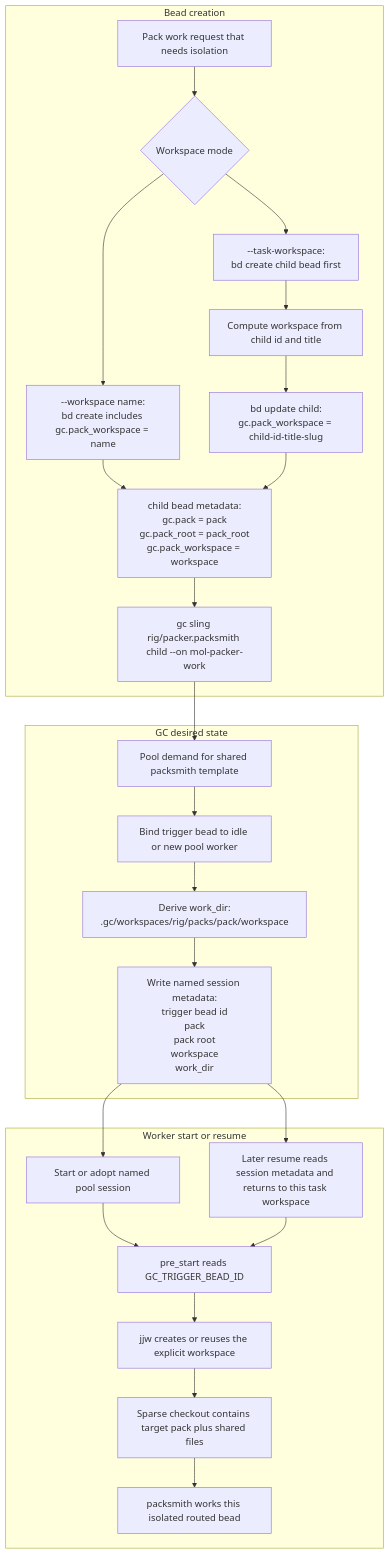
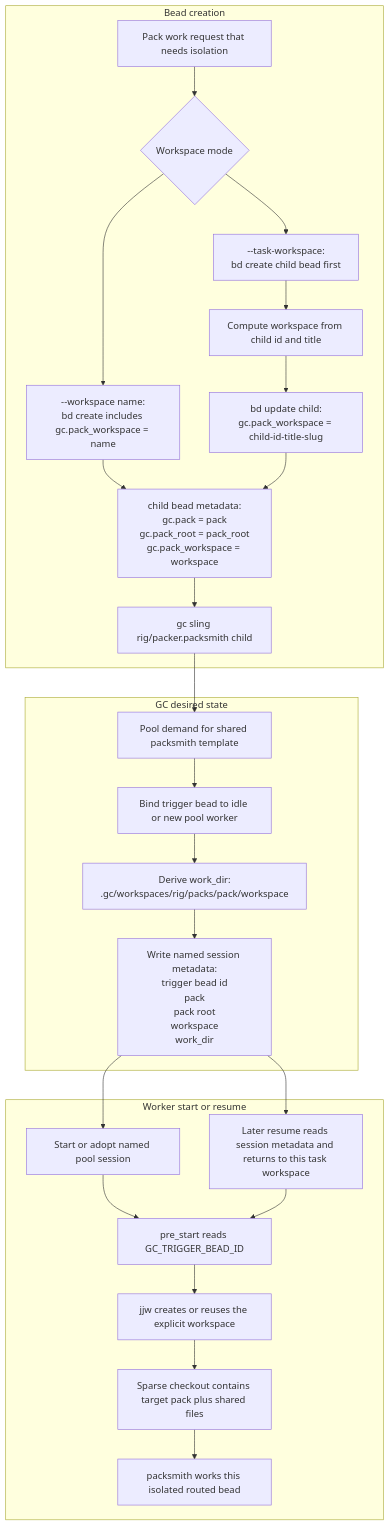
One commit to duncan4123/gascity-packs changed the diagram in packer/docs/diagrams/task-workspace.md. Above: the diagram before and after it, drawn with Mermaid. The commit also changed 8 other files, not shown here.

````diff
--- a/packer/docs/diagrams/task-workspace.md
+++ b/packer/docs/diagrams/task-workspace.md
@@ -3,39 +3,39 @@
 ```mermaid
 flowchart TD
   subgraph creation["Bead creation"]
     request["Pack work request that needs isolation"]
     mode{"Workspace mode"}
     named["--workspace name:<br/>bd create includes gc.pack_workspace = name"]
     task["--task-workspace:<br/>bd create child bead first"]
     compute["Compute workspace from child id and title"]
     update["bd update child:<br/>gc.pack_workspace = child-id-title-slug"]
     metadata["child bead metadata:<br/>gc.pack = pack<br/>gc.pack_root = pack_root<br/>gc.pack_workspace = workspace"]
-    sling["gc sling rig/packer.packsmith child --on mol-packer-work"]
+    sling["gc sling rig/packer.packsmith child"]
 
     request --> mode
     mode --> named --> metadata
     mode --> task --> compute --> update --> metadata
     metadata --> sling
   end
 
   subgraph desired["GC desired state"]
     demand["Pool demand for shared packsmith template"]
     bind["Bind trigger bead to idle or new pool worker"]
     workdir["Derive work_dir:<br/>.gc/workspaces/rig/packs/pack/workspace"]
     session["Write named session metadata:<br/>trigger bead id<br/>pack<br/>pack root<br/>workspace<br/>work_dir"]
 
     sling --> demand --> bind --> workdir --> session
   end
 
   subgraph start["Worker start or resume"]
     start_session["Start or adopt named pool session"]
     prestart["pre_start reads GC_TRIGGER_BEAD_ID"]
     jjw["jjw creates or reuses the explicit workspace"]
     sparse["Sparse checkout contains target pack plus shared files"]
     agent["packsmith works this isolated routed bead"]
     resume["Later resume reads session metadata and returns to this task workspace"]
 
     session --> start_session --> prestart --> jjw --> sparse --> agent
     session --> resume --> prestart
   end
 ```
````
